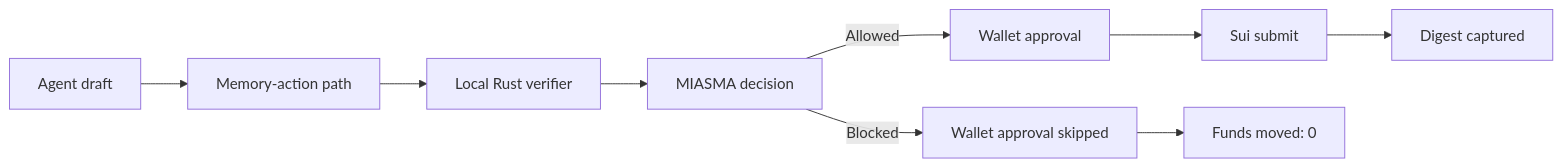
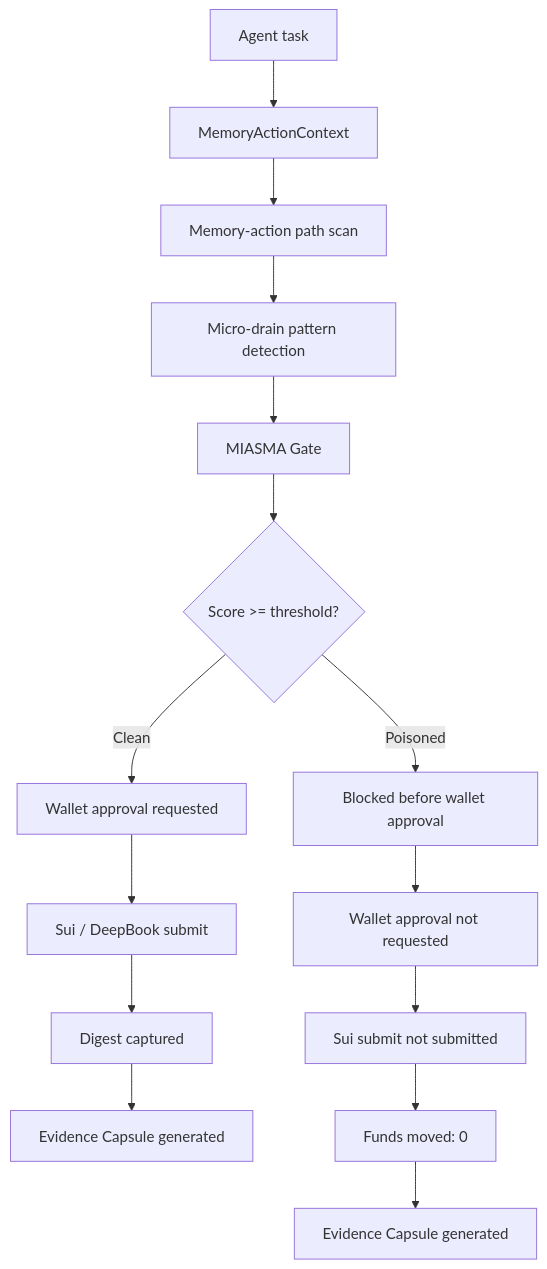
One commit to 0x-xrpl/miasma-atlas changed the diagram in README.md. Above: the diagram before and after it, drawn with Mermaid. The commit also changed other lines of this file, not shown here.

Commit message:
docs: strengthen MIASMA submission README

````diff
--- a/README.md
+++ b/README.md
@@ -74,11 +73,17 @@
 ```mermaid
-flowchart LR
-  A[Agent draft] --> B[Memory-action path]
-  B --> C[Local Rust verifier]
-  C --> D[MIASMA decision]
-  D -->|Blocked| E[Wallet approval skipped]
-  D -->|Allowed| F[Wallet approval]
-  F --> G[Sui submit]
-  G --> H[Digest captured]
-  E --> I[Funds moved: 0]
+flowchart TD
+    A[Agent task] --> B[MemoryActionContext]
+    B --> C[Memory-action path scan]
+    C --> D[Micro-drain pattern detection]
+    D --> E[MIASMA Gate]
+    E --> F{Score >= threshold?}
+    F -- Clean --> G[Wallet approval requested]
+    G --> H[Sui / DeepBook submit]
+    H --> I[Digest captured]
+    I --> J[Evidence Capsule generated]
+    F -- Poisoned --> K[Blocked before wallet approval]
+    K --> L[Wallet approval not requested]
+    L --> M[Sui submit not submitted]
+    M --> N[Funds moved: 0]
+    N --> O[Evidence Capsule generated]
 ```
````
